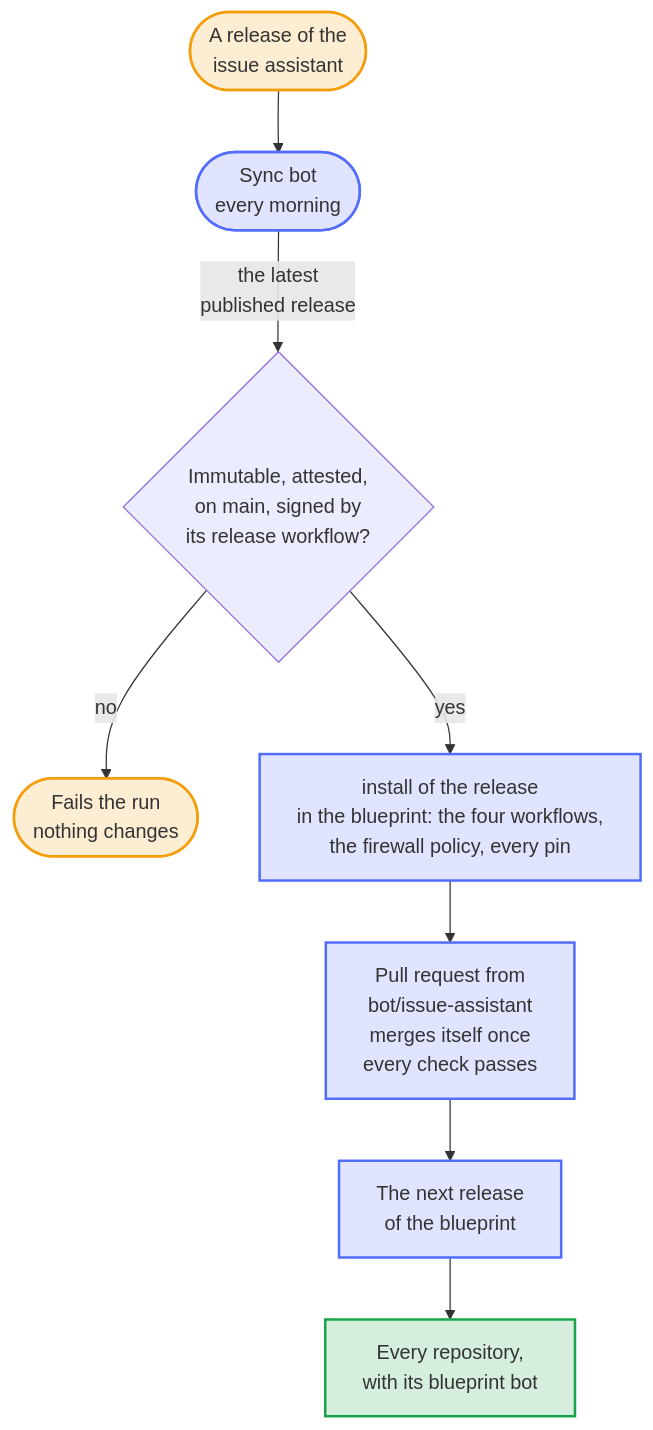
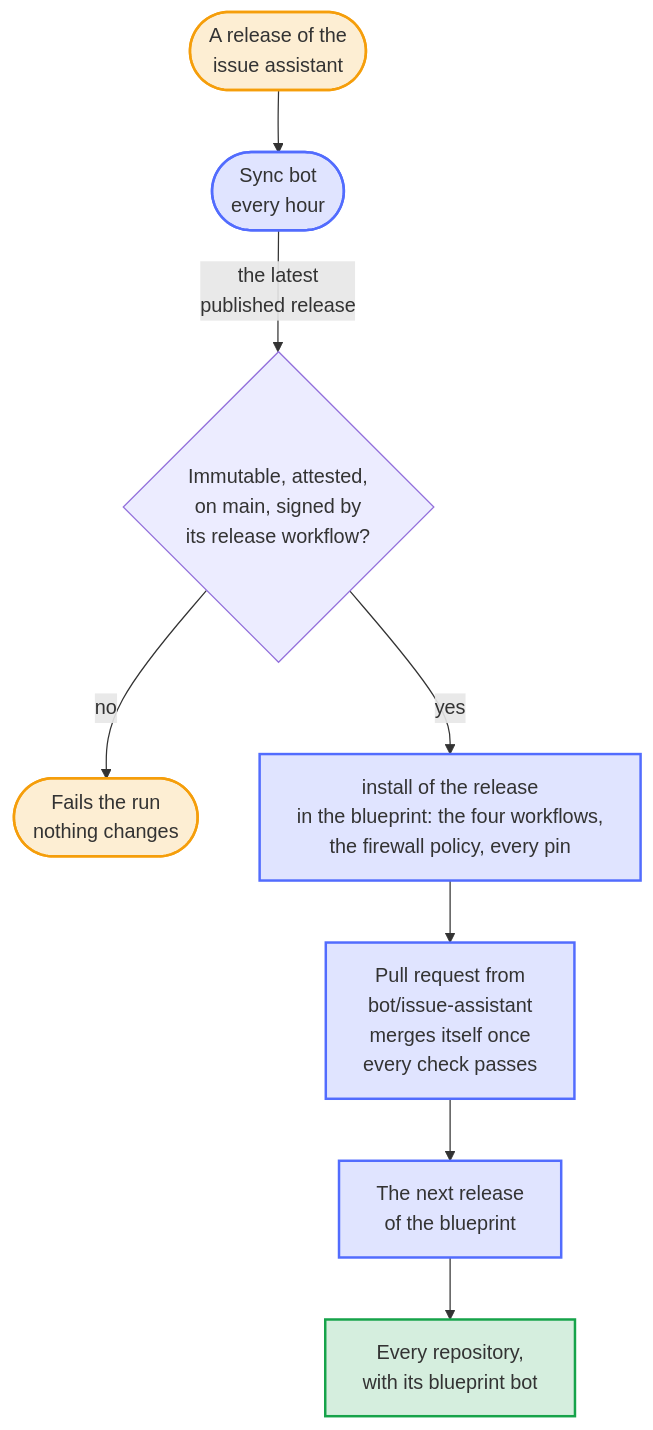
One commit to Dennis-Otto/repo-blueprint changed the diagram in docs/diagrams/how-a-release-of-the-issue-assistant-reaches-every-repository.mmd. Above: the diagram before and after it, drawn with Mermaid. The commit also changed 18 other files, not shown here.

First line of the commit message:
fix: a release of the issue assistant reaches the blueprint within about an hour, not the next morning (#728)

```diff
--- a/docs/diagrams/how-a-release-of-the-issue-assistant-reaches-every-repository.mmd
+++ b/docs/diagrams/how-a-release-of-the-issue-assistant-reaches-every-repository.mmd
@@ -1,29 +1,29 @@
 ---
 config:
   flowchart:
     wrappingWidth: 400
 ---
 flowchart TB
     accTitle: How a release of the issue assistant reaches every repository
-    accDescr: Every morning, the sync bot of the blueprint takes the latest published release of the issue assistant and verifies it: the release must be immutable, GitHub's attestation of it must hold, its tag must point at a commit of the main branch of the issue assistant, and its release workflow must have signed the tag. Any other release fails the run, and nothing changes. Otherwise the bot runs install of the release in the root of the blueprint, which writes the four workflows and the firewall policy of the release and moves every pin of the action, and keeps one pull request with the result, which merges itself once every check passes. The next release of the blueprint brings it to every repository with the blueprint bot.
+    accDescr: Every hour, the sync bot of the blueprint takes the latest published release of the issue assistant and verifies it: the release must be immutable, GitHub's attestation of it must hold, its tag must point at a commit of the main branch of the issue assistant, and its release workflow must have signed the tag. Any other release fails the run, and nothing changes. Otherwise the bot runs install of the release in the root of the blueprint, which writes the four workflows and the firewall policy of the release and moves every pin of the action, and keeps one pull request with the result, which merges itself once every check passes. The next release of the blueprint brings it to every repository with the blueprint bot.
 
     release(["A release of the<br>issue assistant"])
-    bot(["Sync bot<br>every morning"])
+    bot(["Sync bot<br>every hour"])
     verified{"Immutable, attested,<br>on main, signed by<br>its release workflow?"}
     refused(["Fails the run<br>nothing changes"])
     install["install of the release<br>in the blueprint: the four workflows,<br>the firewall policy, every pin"]
     pr["Pull request from<br>bot/issue-assistant<br>merges itself once<br>every check passes"]
     blueprint["The next release<br>of the blueprint"]
     fleet["Every repository,<br>with its blueprint bot"]
 
     release --> bot
     bot -- "the latest<br>published release" --> verified
     verified -- "no" --> refused
     verified -- "yes" --> install --> pr --> blueprint --> fleet
 
     classDef bot fill:#526cfe2e,stroke:#526cfe,stroke-width:2px
     classDef person fill:#f59e0b2e,stroke:#f59e0b,stroke-width:2px
     classDef done fill:#16a34a2e,stroke:#16a34a,stroke-width:2px
     class bot,install,pr,blueprint bot
     class release,refused person
     class fleet done
```
